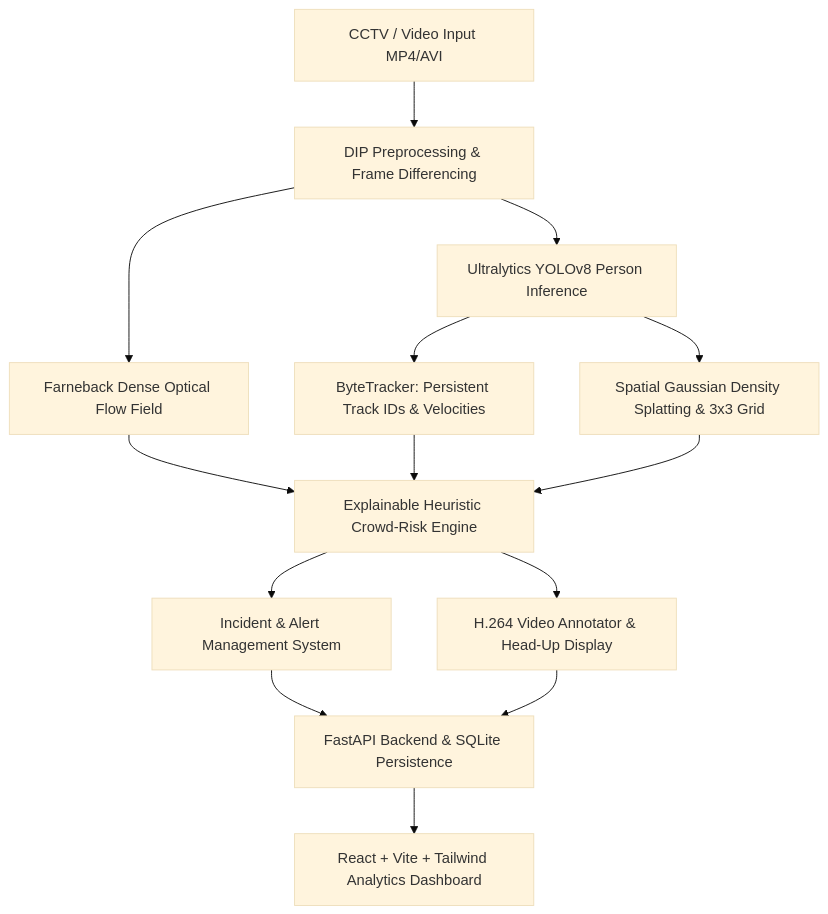
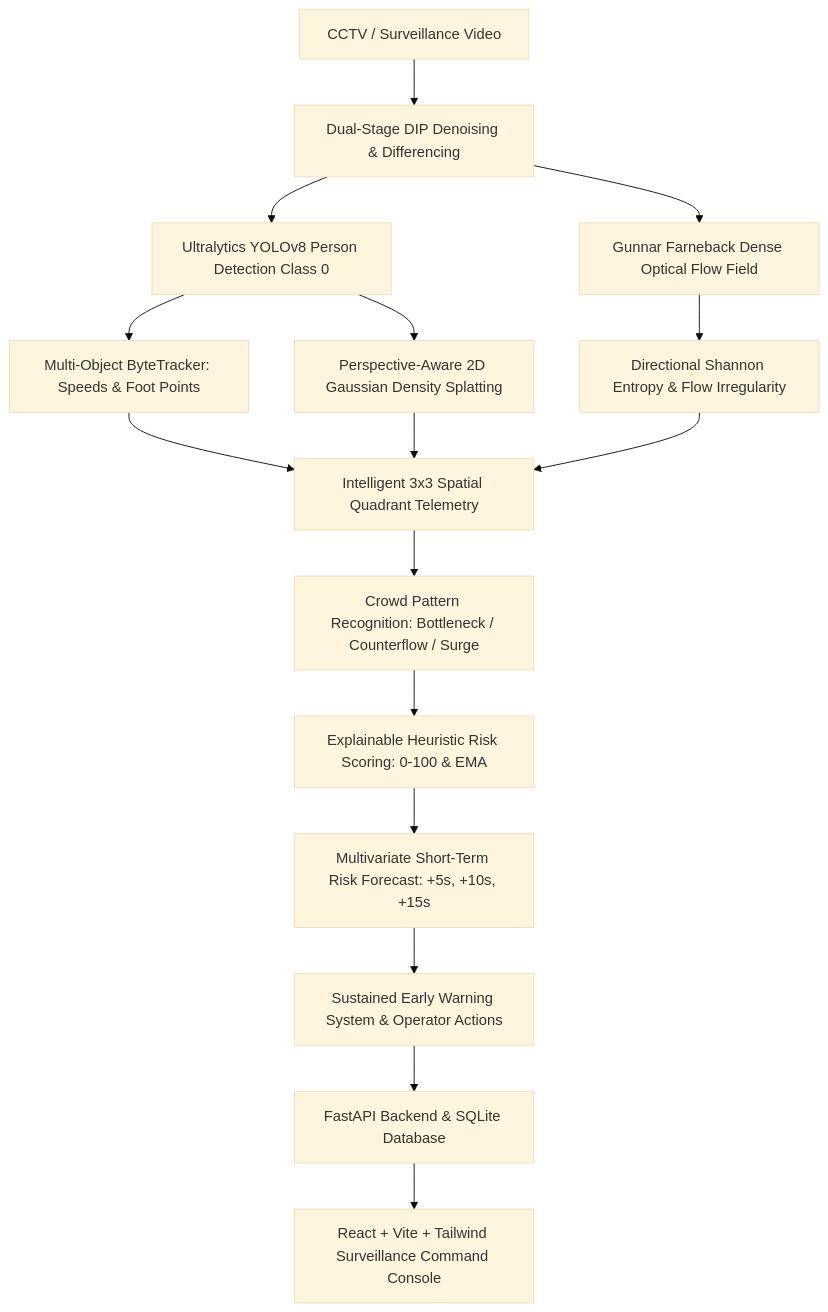
One commit to shrutirai29/dip changed the diagram in README.md. Above: the diagram before and after it, drawn with Mermaid (base theme). The commit also changed other lines of this file and 26 other files, not shown here.

Commit message:
feat: complete v2.0 upgrade with DIP directional entropy, perspective density, short-term forecasting, and command console UI

````diff
--- a/README.md
+++ b/README.md
@@ -14,13 +16,16 @@
 ```mermaid
 graph TD
-    A[CCTV / Video Input MP4/AVI] --> B[DIP Preprocessing & Frame Differencing]
-    B --> C[Ultralytics YOLOv8 Person Inference]
-    B --> D[Farneback Dense Optical Flow Field]
-    C --> E[ByteTracker: Persistent Track IDs & Velocities]
-    C --> F[Spatial Gaussian Density Splatting & 3x3 Grid]
-    D & E & F --> G[Explainable Heuristic Crowd-Risk Engine]
-    G --> H[Incident & Alert Management System]
-    G --> I[H.264 Video Annotator & Head-Up Display]
-    H & I --> J[FastAPI Backend & SQLite Persistence]
-    J --> K[React + Vite + Tailwind Analytics Dashboard]
+    A[CCTV / Surveillance Video] --> B[Dual-Stage DIP Denoising & Differencing]
+    B --> C[Ultralytics YOLOv8 Person Detection Class 0]
+    B --> D[Gunnar Farneback Dense Optical Flow Field]
+    C --> E[Multi-Object ByteTracker: Speeds & Foot Points]
+    C --> F[Perspective-Aware 2D Gaussian Density Splatting]
+    D --> G[Directional Shannon Entropy & Flow Irregularity]
+    E & F & G --> H[Intelligent 3x3 Spatial Quadrant Telemetry]
+    H --> I[Crowd Pattern Recognition: Bottleneck / Counterflow / Surge]
+    I --> J[Explainable Heuristic Risk Scoring: 0-100 & EMA]
+    J --> K[Multivariate Short-Term Risk Forecast: +5s, +10s, +15s]
+    K --> L[Sustained Early Warning System & Operator Actions]
+    L --> M[FastAPI Backend & SQLite Database]
+    M --> N[React + Vite + Tailwind Surveillance Command Console]
 ```
````
